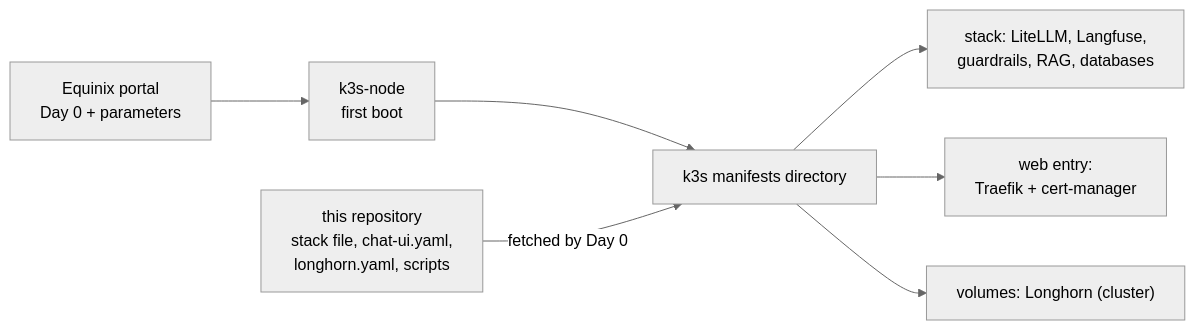
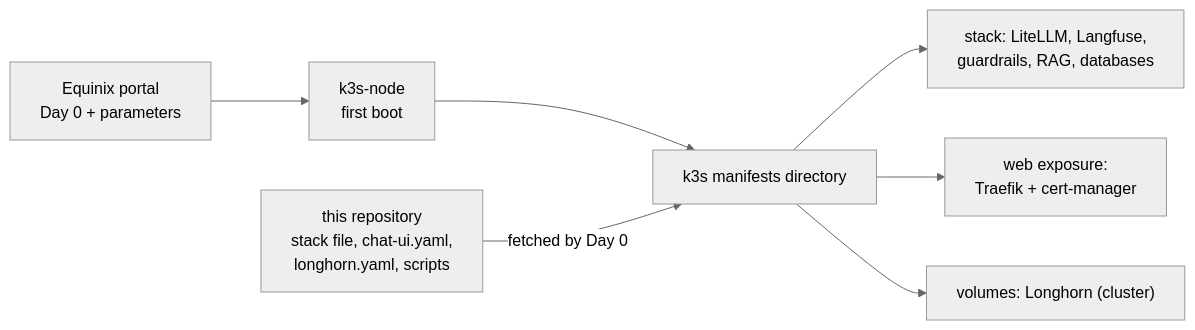
Before and after one commit to equinix-svc/svc-helm-daihub: the first of 7 diagrams in README.md, drawn with Mermaid (neutral theme). The commit also changed other lines of this file, not shown here.

Commit message:
README: say web exposure instead of web entry

````diff
--- a/README.md
+++ b/README.md
@@ -42,9 +42,9 @@
 ```mermaid
 flowchart LR
   P["Equinix portal<br/>Day 0 + parameters"] --> N["k3s-node<br/>first boot"]
   N --> K["k3s manifests directory"]
   G["this repository<br/>stack file, chat-ui.yaml,<br/>longhorn.yaml, scripts"] -- "fetched by Day 0" --> K
   K --> S["stack: LiteLLM, Langfuse,<br/>guardrails, RAG, databases"]
-  K --> E["web entry:<br/>Traefik + cert-manager"]
+  K --> E["web exposure:<br/>Traefik + cert-manager"]
   K --> V["volumes: Longhorn (cluster)"]
 ```
````
